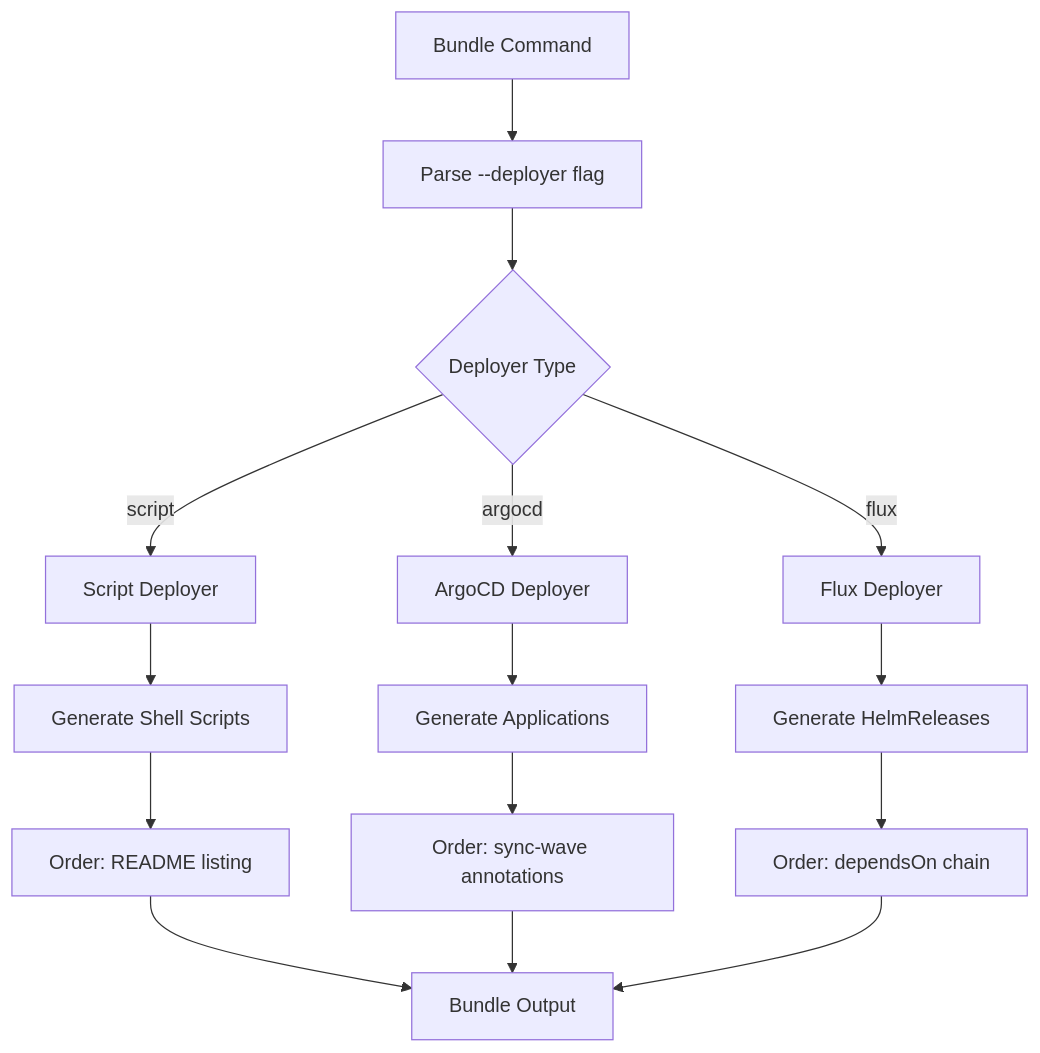
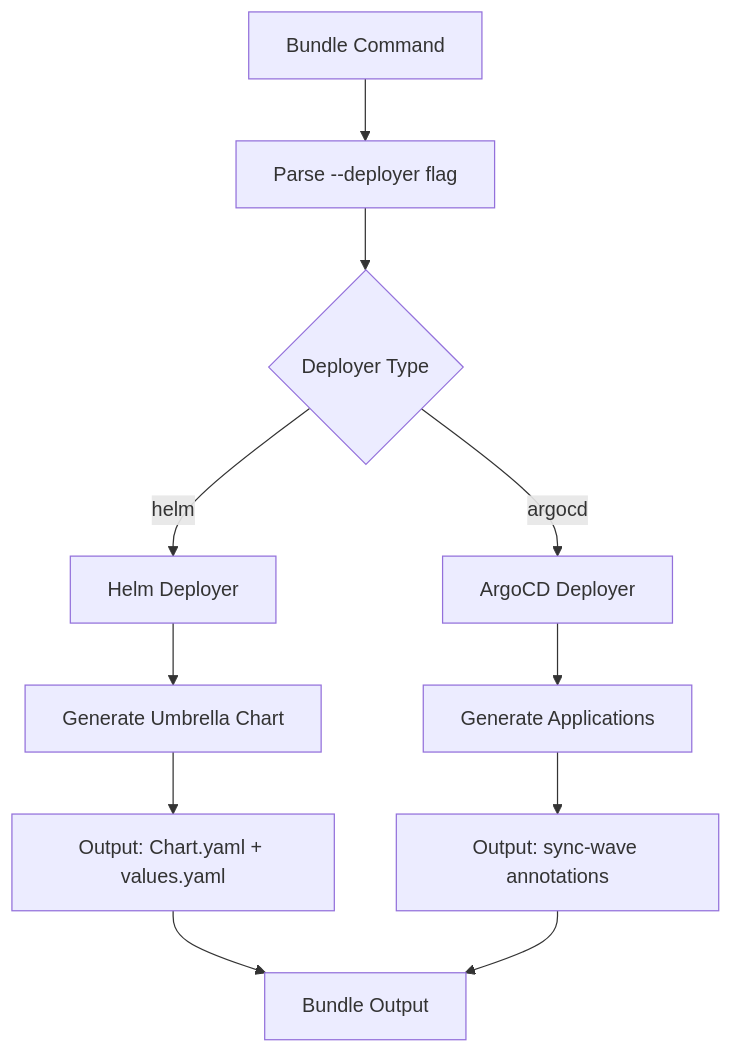
Before and after one commit to yuanchen8911/cloud-native-stack: diagram 15 of 16 in docs/architecture/cli.md, drawn with Mermaid. The commit also changed other lines of this file and 10 other files, not shown here.

````diff
--- a/docs/architecture/cli.md
+++ b/docs/architecture/cli.md
@@ -2720,20 +2719,16 @@
 ```mermaid
 flowchart TD
     A[Bundle Command] --> B[Parse --deployer flag]
     B --> C{Deployer Type}
-    C -->|script| D[Script Deployer]
+    C -->|helm| D[Helm Deployer]
     C -->|argocd| E[ArgoCD Deployer]
-    C -->|flux| F[Flux Deployer]
     
-    D --> G[Generate Shell Scripts]
+    D --> G[Generate Umbrella Chart]
     E --> H[Generate Applications]
-    F --> I[Generate HelmReleases]
     
-    G --> J[Order: README listing]
-    H --> K[Order: sync-wave annotations]
-    I --> L[Order: dependsOn chain]
+    G --> J[Output: Chart.yaml + values.yaml]
+    H --> K[Output: sync-wave annotations]
     
     J --> M[Bundle Output]
     K --> M
-    L --> M
 ```
````
